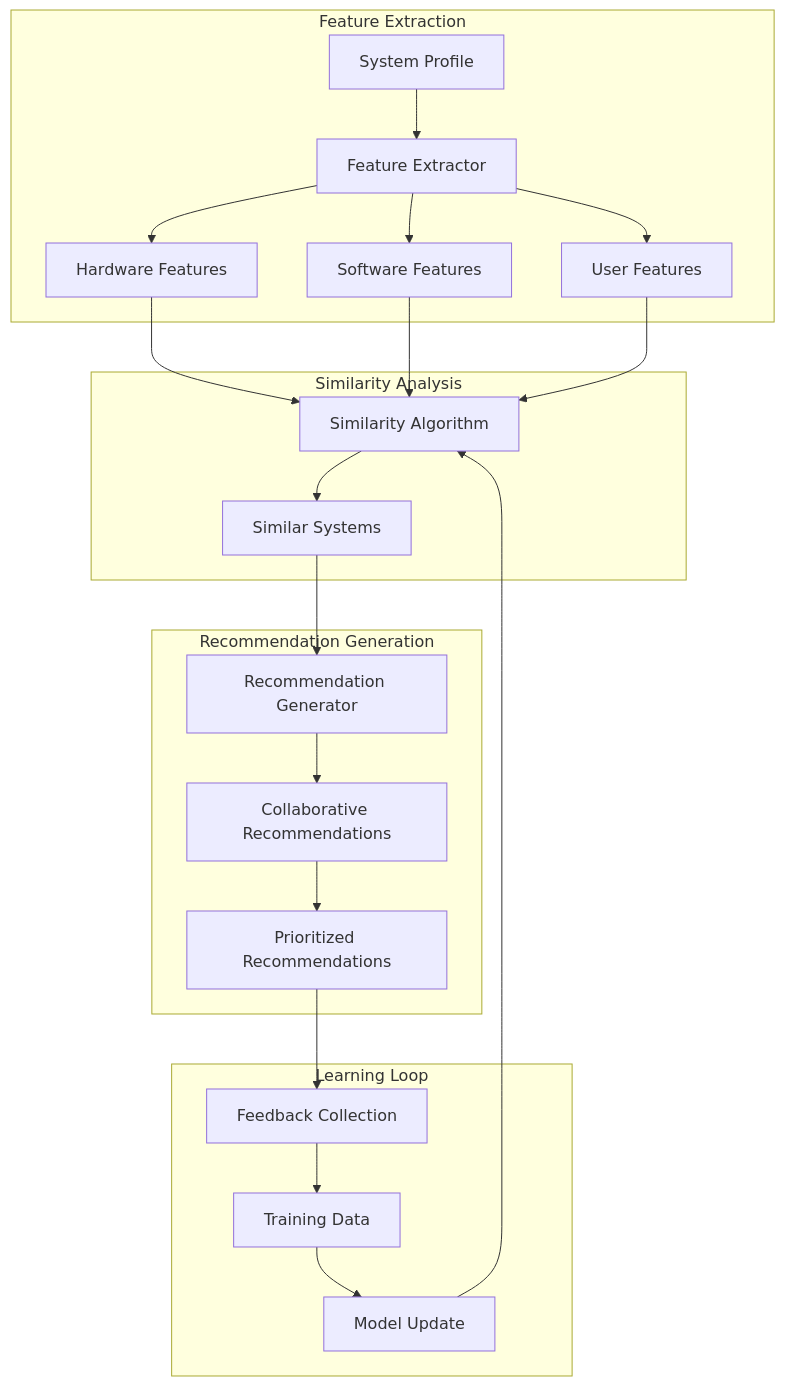
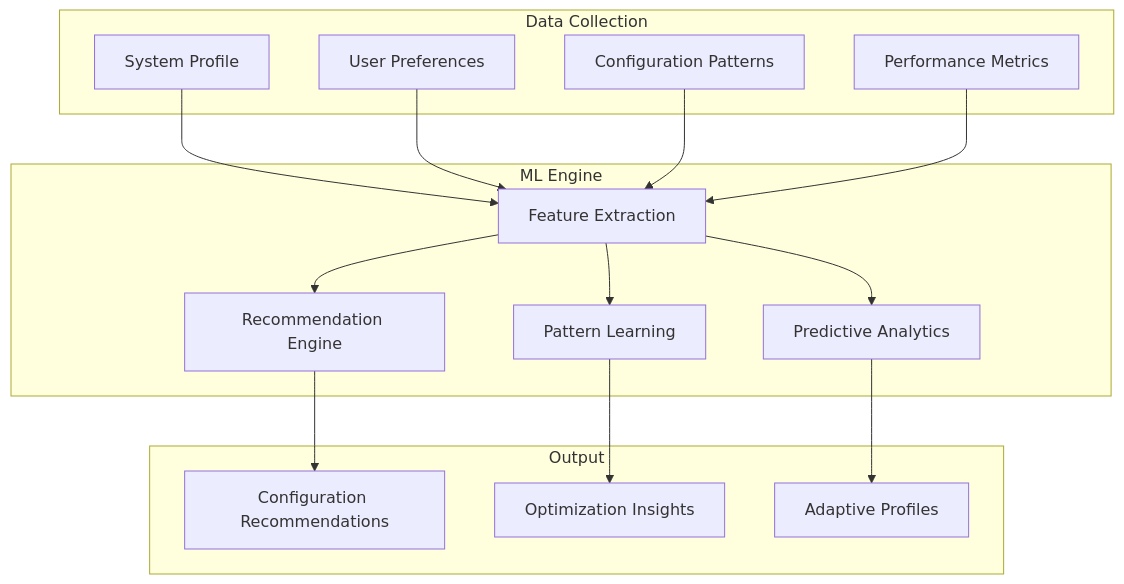
The diagram in docs/MachineLearning.md (albedosehen/dot-win), drawn with Mermaid before and after one commit. The commit also changed other lines of this file and 69 other files, not shown here.

````diff
--- a/docs/MachineLearning.md
+++ b/docs/MachineLearning.md
@@ -62,29 +18,35 @@
 ```mermaid
 graph TB
-    subgraph "Feature Extraction"
-        SP[System Profile] --> FE[Feature Extractor]
-        FE --> HF[Hardware Features]
-        FE --> SF[Software Features]
-        FE --> UF[User Features]
+    subgraph "Data Collection"
+        SP[System Profile]
+        UP[User Preferences]
+        CP[Configuration Patterns]
+        PM[Performance Metrics]
     end
     
-    subgraph "Similarity Analysis"
-        HF --> SA[Similarity Algorithm]
-        SF --> SA
-        UF --> SA
-        SA --> SS[Similar Systems]
+    subgraph "ML Engine"
+        FE[Feature Extraction]
+        RE[Recommendation Engine]
+        PL[Pattern Learning]
+        PA[Predictive Analytics]
     end
     
-    subgraph "Recommendation Generation"
-        SS --> RG[Recommendation Generator]
-        RG --> CR[Collaborative Recommendations]
-        CR --> PR[Prioritized Recommendations]
+    subgraph "Output"
+        CR[Configuration Recommendations]
+        OI[Optimization Insights]
+        AP[Adaptive Profiles]
     end
     
-    subgraph "Learning Loop"
-        PR --> FB[Feedback Collection]
-        FB --> TD[Training Data]
-        TD --> MU[Model Update]
-        MU --> SA
-    end
+    SP --> FE
+    UP --> FE
+    CP --> FE
+    PM --> FE
+
+    FE --> RE
+    FE --> PL
+    FE --> PA
+
+    RE --> CR
+    PL --> OI
+    PA --> AP
 ```
````
